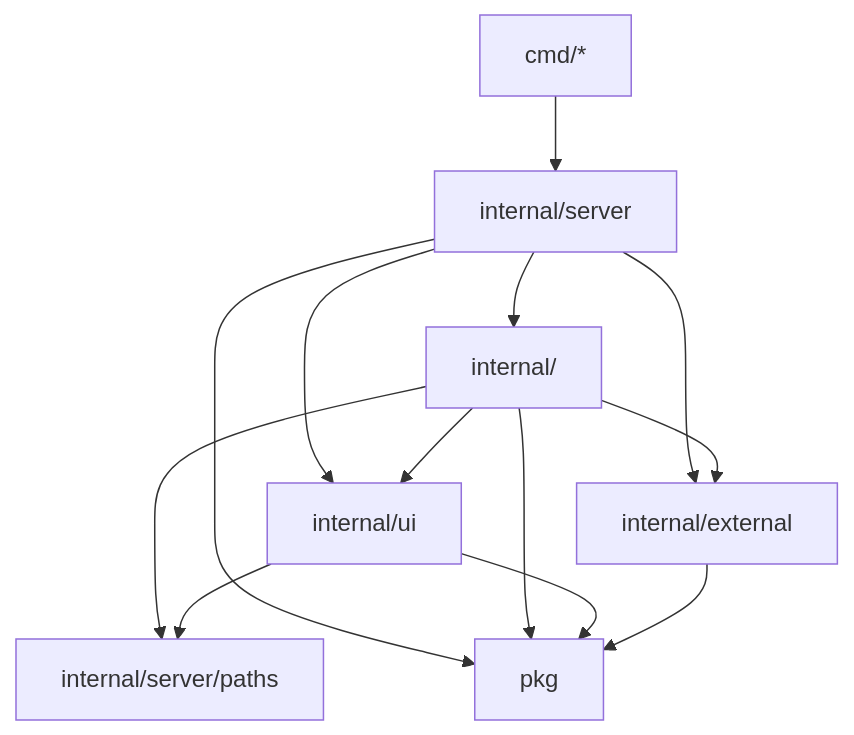
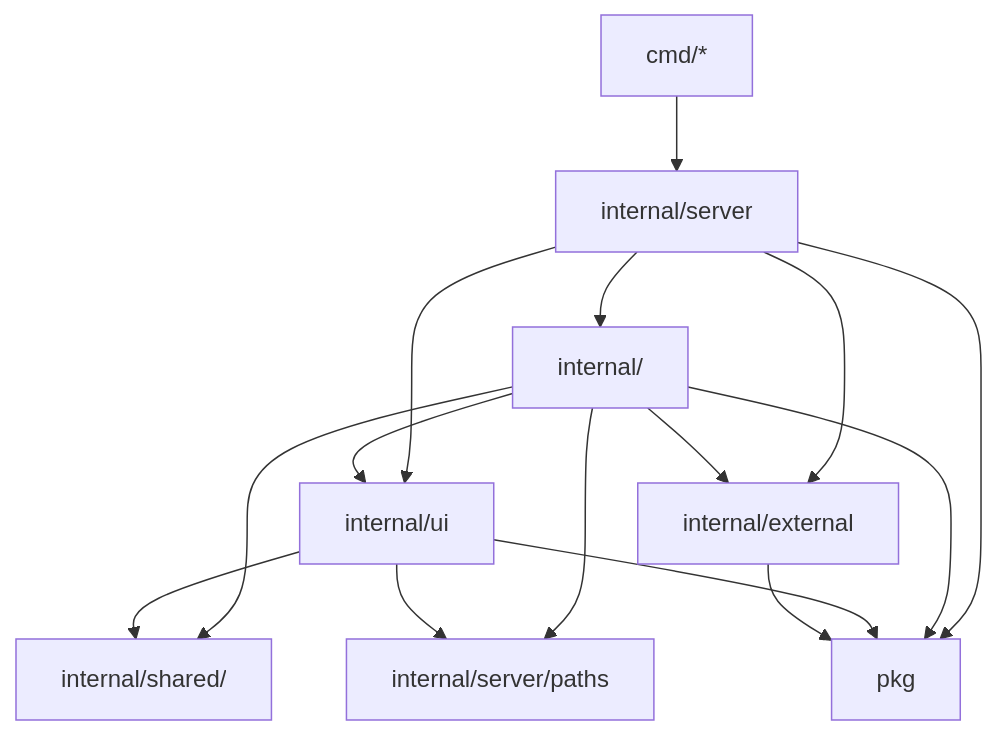
Before and after one commit to tung-dnt/lean-go: the diagram in LEANGO.md, drawn with Mermaid. The commit also changed other lines of this file and 2 other files, not shown here.

First line of the commit message:
docs+test: closed list of domain file roles, no layers, no domain-to-domain imports

````diff
--- a/LEANGO.md
+++ b/LEANGO.md
@@ -41,15 +42,17 @@
 ```mermaid
 flowchart TD
   cmd["cmd/*"] --> server["internal/server"]
   server --> domain["internal/<domain>"]
   server --> ui["internal/ui"]
   server --> external["internal/external"]
   server --> pkg["pkg"]
   domain --> ui
+  domain --> shared["internal/shared/<concern>"]
   domain --> external
+  ui --> shared
   domain --> paths["internal/server/paths"]
   domain --> pkg
   ui --> paths
   ui --> pkg
   external --> pkg
 ```
````
